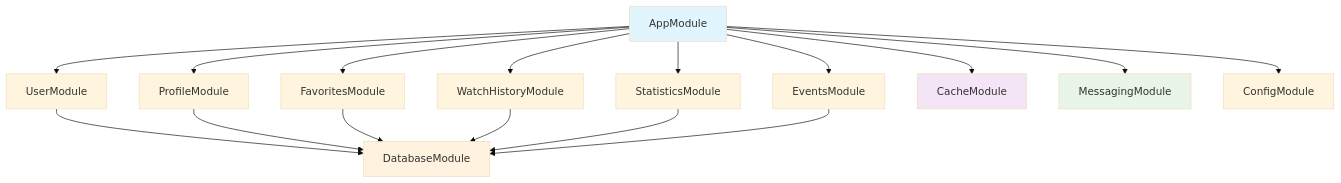
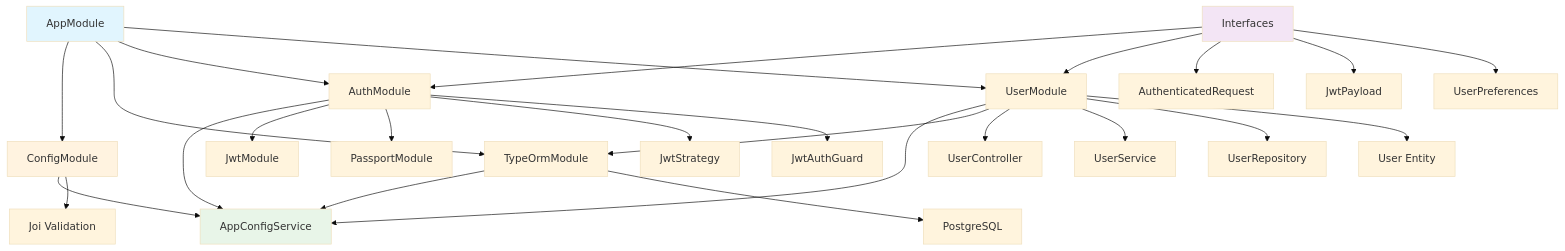
One commit to hiepbui312/webxemphim_user_service changed the diagram in docs/architecture/2-nestjs-module-structure.md. Above: the diagram before and after it, drawn with Mermaid (base theme). The commit also changed other lines of this file and 29 other files, not shown here.

````diff
--- a/docs/architecture/2-nestjs-module-structure.md
+++ b/docs/architecture/2-nestjs-module-structure.md
@@ -37,25 +48,37 @@
 ```mermaid
 graph TD
-    A[AppModule] --> B[UserModule]
-    A --> C[ProfileModule]
-    A --> D[FavoritesModule]
-    A --> E[WatchHistoryModule]
-    A --> F[StatisticsModule]
-    A --> G[EventsModule]
+    A[AppModule] --> B[ConfigModule]
+    A --> C[TypeOrmModule]
+    A --> D[AuthModule]
+    A --> E[UserModule]
     
-    B --> H[DatabaseModule]
-    C --> H
-    D --> H
-    E --> H
-    F --> H
-    G --> H
+    B --> F[AppConfigService]
+    B --> G[Joi Validation]
     
-    A --> I[CacheModule]
-    A --> J[MessagingModule]
-    A --> K[ConfigModule]
+    C --> F
+    C --> H[PostgreSQL]
+    
+    D --> F
+    D --> I[JwtModule]
+    D --> J[PassportModule]
+    D --> K[JwtStrategy]
+    D --> L[JwtAuthGuard]
+    
+    E --> F
+    E --> C
+    E --> M[UserController]
+    E --> N[UserService]
+    E --> O[UserRepository]
+    E --> P[User Entity]
+    
+    Q[Interfaces] --> D
+    Q --> E
+    Q --> R[AuthenticatedRequest]
+    Q --> S[JwtPayload]
+    Q --> T[UserPreferences]
     
     style A fill:#e1f5fe
-    style H fill:#fff3e0
-    style I fill:#f3e5f5
-    style J fill:#e8f5e8
+    style B fill:#fff3e0
+    style Q fill:#f3e5f5
+    style F fill:#e8f5e8
 ```
````
